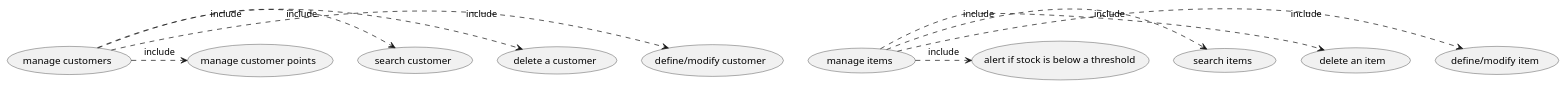
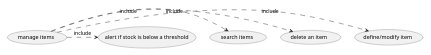
One commit to djemar/softeng_ezshop changed the fourth of 8 diagrams in Deliverables/RequirementsDocument.md. Above: the diagram before and after it, drawn with PlantUML. The commit also changed other lines of this file, not shown here.

Commit message:
fix: use case diagram not displaying correctly

````diff
--- a/Deliverables/RequirementsDocument.md
+++ b/Deliverables/RequirementsDocument.md
@@ -203,13 +212,9 @@
 ```plantuml
-
+scale 600 width
 top to bottom direction
-(manage customers) .> (define/modify customer) : include
-(manage customers) .> (delete a customer) : include
-(manage customers) .> (search customer) : include
-(manage customers) .> (manage customer points) : include
 (manage items) .> (define/modify item) : include
 (manage items) .> (delete an item ) : include
 (manage items) .> (search items) : include
 (manage items) .> (alert if stock is below a threshold) : include
 
 ```
````
